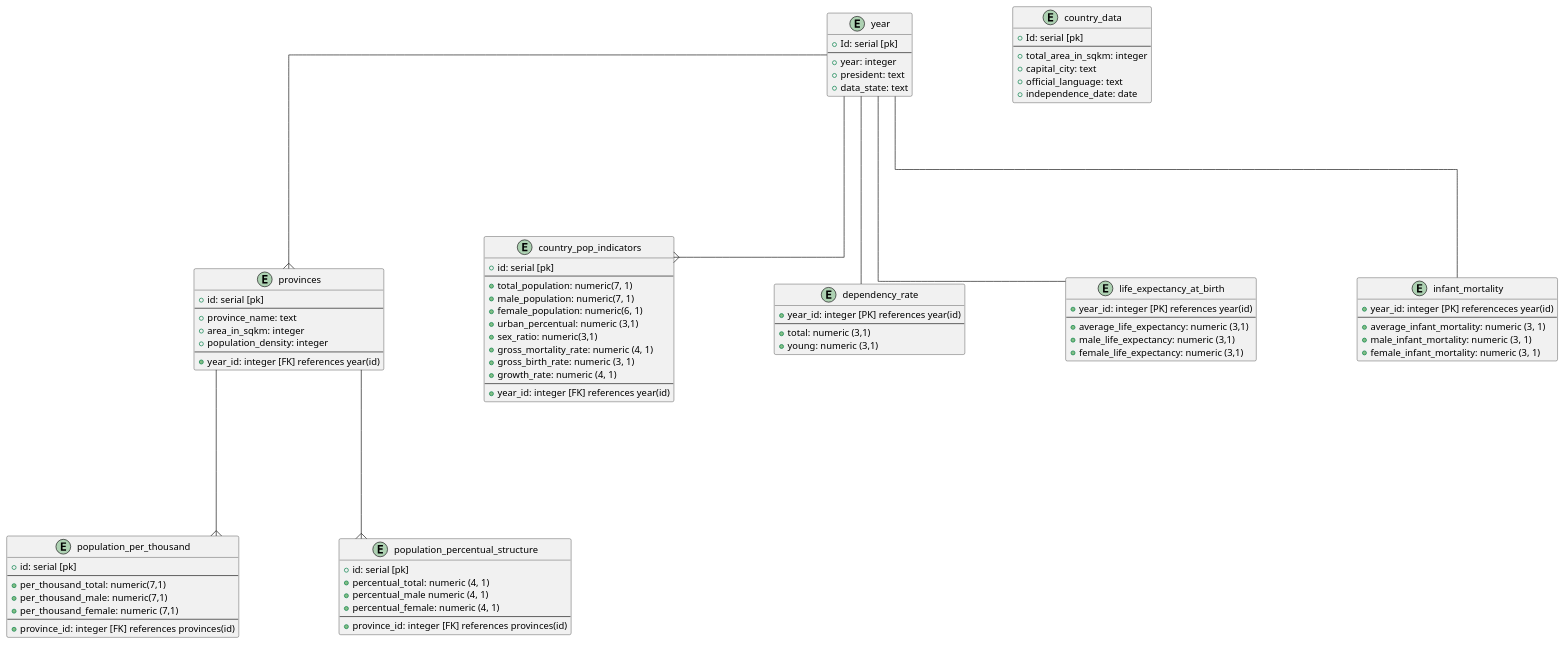
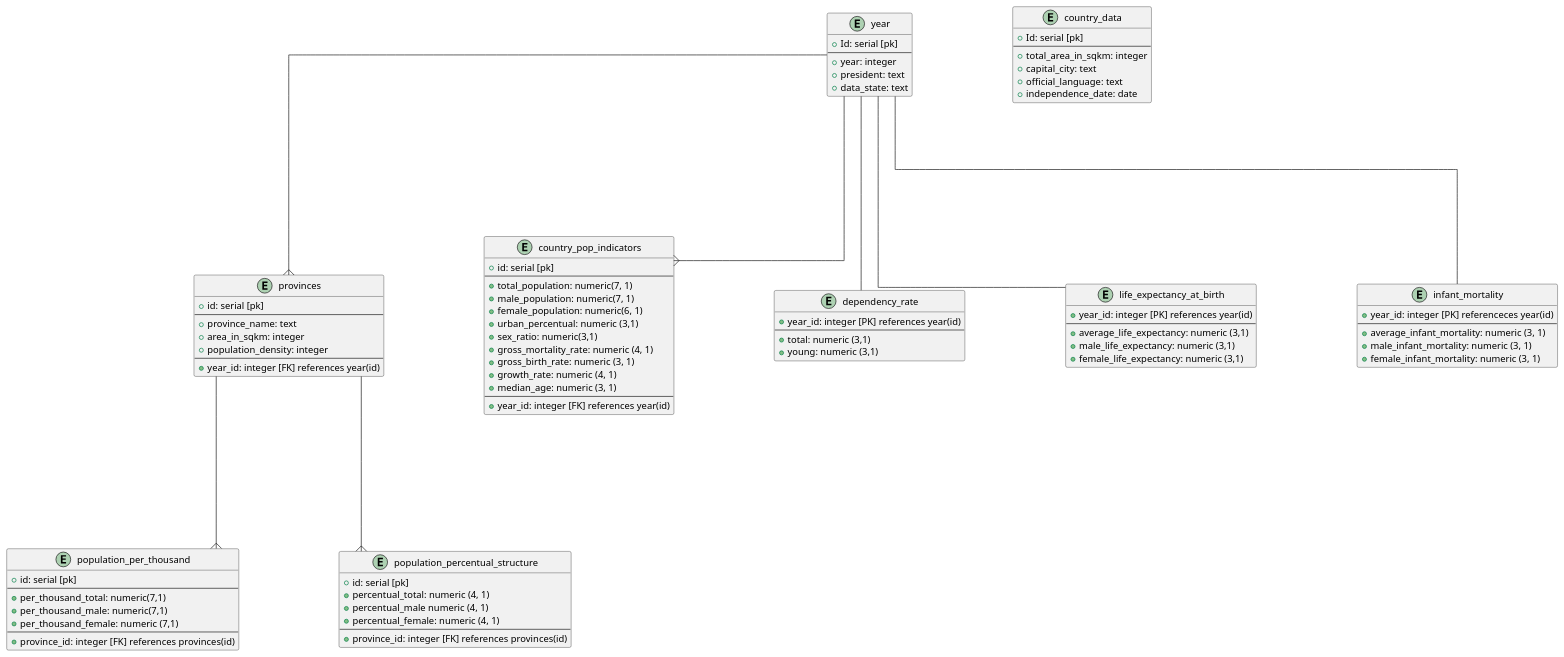
Before and after one commit to therakius/moz-demog-api: the diagram in dbschema.puml, drawn with PlantUML. The commit also changed 1 other file, not shown here.

Commit message:
added column median_age to table 'year'

```diff
--- a/dbschema.puml
+++ b/dbschema.puml
@@ -1,108 +1,109 @@
 @startuml moz_database
 skinparam {
     Nodesep 150
     Ranksep 200
     Linetype ortho
 }
 
 skinparam entity {
     BackgroundColor LightBlue
     FontSize 14
     ArrowThickness 1
 }
 
 entity year {
     + Id: serial [pk]
     --
     + year: integer
     + president: text
     + data_state: text
 }
 
 entity country_data {
     + Id: serial [pk]
     --
     + total_area_in_sqkm: integer
     + capital_city: text
     + official_language: text
     + independence_date: date
 }
 
 entity provinces {
    + id: serial [pk]
    --
    + province_name: text
    + area_in_sqkm: integer
    + population_density: integer
    --
    + year_id: integer [FK] references year(id)
 }
 
 entity population_per_thousand{
     + id: serial [pk]
     --
     + per_thousand_total: numeric(7,1)
     + per_thousand_male: numeric(7,1)
     + per_thousand_female: numeric (7,1)
     --
     + province_id: integer [FK] references provinces(id)
 }
 
 entity population_percentual_structure {
     + id: serial [pk]
     + percentual_total: numeric (4, 1)
     + percentual_male numeric (4, 1)
     + percentual_female: numeric (4, 1)
     --
     + province_id: integer [FK] references provinces(id)
 }
 
 
 entity country_pop_indicators {
     + id: serial [pk]
     --
     + total_population: numeric(7, 1)
     + male_population: numeric(7, 1)
     + female_population: numeric(6, 1)
     + urban_percentual: numeric (3,1)
     + sex_ratio: numeric(3,1)
     + gross_mortality_rate: numeric (4, 1)
     + gross_birth_rate: numeric (3, 1)
     + growth_rate: numeric (4, 1)
+    + median_age: numeric (3, 1)
     --
     + year_id: integer [FK] references year(id)
 }
 
 entity dependency_rate {
     + year_id: integer [PK] references year(id)
     --
     + total: numeric (3,1)
     + young: numeric (3,1)
 }
 
 entity life_expectancy_at_birth {
     + year_id: integer [PK] references year(id)
     --
     + average_life_expectancy: numeric (3,1)
     + male_life_expectancy: numeric (3,1)
     + female_life_expectancy: numeric (3,1)
 }
 
 entity infant_mortality {
     + year_id: integer [PK] referenceces year(id)
     --
     + average_infant_mortality: numeric (3, 1)
     + male_infant_mortality: numeric (3, 1)
     + female_infant_mortality: numeric (3, 1) 
 }
 
 'relashionships:
 year --{ provinces
 provinces --{ population_per_thousand
 provinces --{ population_percentual_structure
 year -- life_expectancy_at_birth
 year --{ country_pop_indicators
 year -- dependency_rate
 year -- infant_mortality
 
 @enduml
```
